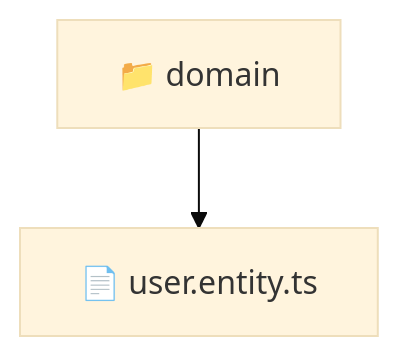
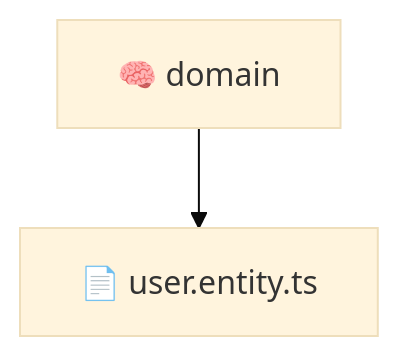
Before and after one commit to beginwebdev2002/fullstack-mavluda: the diagram in backend/src/modules/user/domain/README.md, drawn with Mermaid (base theme). The commit also changed other lines of this file and 165 other files, not shown here.

First line of the commit message:
docs: generate localized architectural READMEs

````diff
--- a/backend/src/modules/user/domain/README.md
+++ b/backend/src/modules/user/domain/README.md
@@ -10,5 +9,5 @@
 ```mermaid
 graph TD
-  Root["📁 domain"]
-  Root --> userentityts["📄 user.entity.ts"]
+  domain["🧠 domain"]
+  domain --> user_entity_ts["📄 user.entity.ts"]
 ```
````
